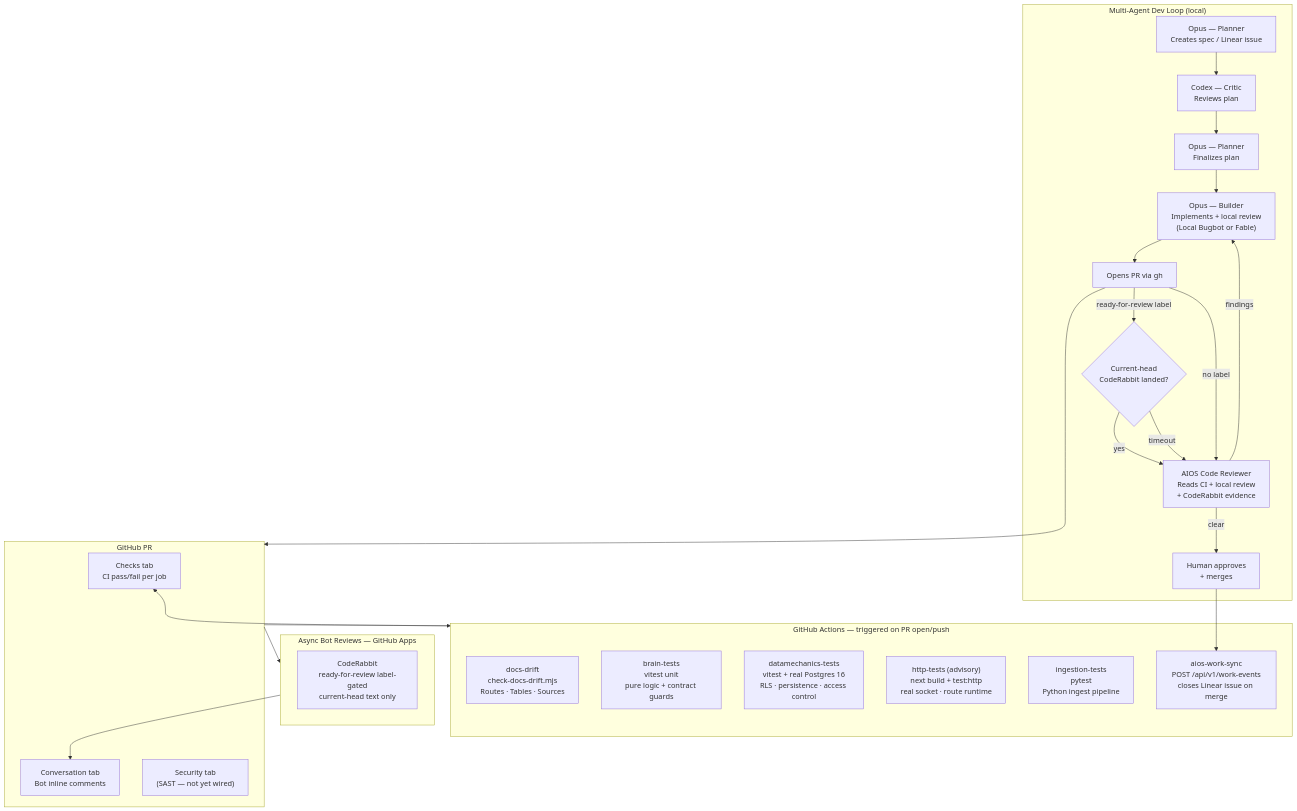
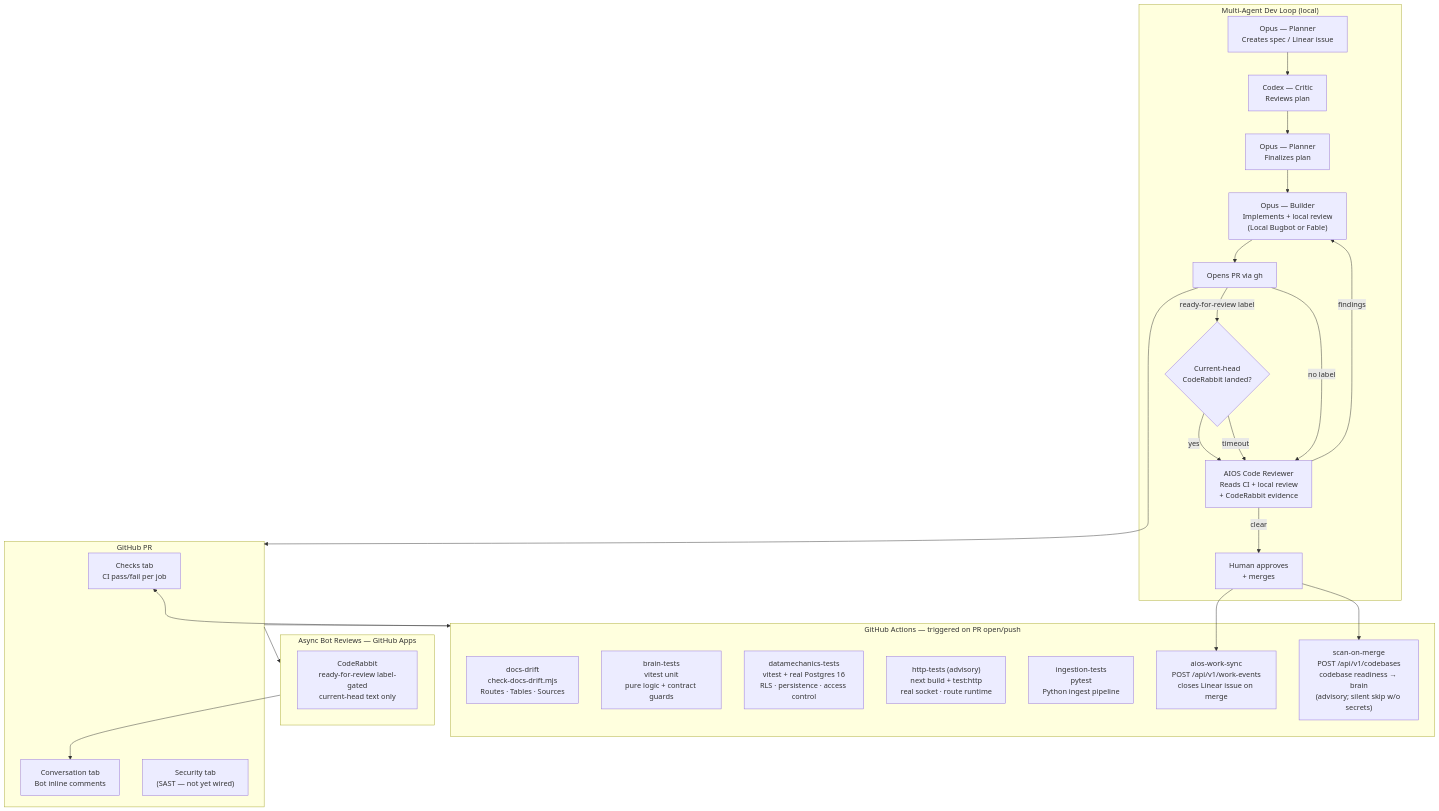
Before and after one commit to aiosbrain/aios-team-brain: the diagram in docs/CI-ARCHITECTURE.md, drawn with Mermaid. The commit also changed other lines of this file and 1 other file, not shown here.

First line of the commit message:
docs(ci): document scan-on-merge and pr-task-link, incl. the silent-skip fail-open

````diff
--- a/docs/CI-ARCHITECTURE.md
+++ b/docs/CI-ARCHITECTURE.md
@@ -11,41 +11,43 @@
 ```mermaid
 flowchart TD
     subgraph AgentLoop["Multi-Agent Dev Loop (local)"]
         A1[Opus — Planner\nCreates spec / Linear issue] --> A2[Codex — Critic\nReviews plan]
         A2 --> A3[Opus — Planner\nFinalizes plan]
         A3 --> A4["Opus — Builder\nImplements + local review\n(Local Bugbot or Fable)"]
         A4 --> A4P[Opens PR via gh]
         A4P -->|ready-for-review label| A4W{Current-head\nCodeRabbit landed?}
         A4W -->|yes| A5["AIOS Code Reviewer\nReads CI + local review\n+ CodeRabbit evidence"]
         A4W -->|timeout| A5
         A4P -->|no label| A5
         A5 -->|findings| A4
         A5 -->|clear| MERGE[Human approves\n+ merges]
     end
 
     subgraph GitHubActions["GitHub Actions — triggered on PR open/push"]
         B1["docs-drift\ncheck-docs-drift.mjs\nRoutes · Tables · Sources"]
         B2["brain-tests\nvitest unit\npure logic + contract guards"]
         B3["datamechanics-tests\nvitest + real Postgres 16\nRLS · persistence · access control"]
         B4["http-tests (advisory)\nnext build + test:http\nreal socket · route runtime"]
         B5["ingestion-tests\npytest\nPython ingest pipeline"]
         B6["aios-work-sync\nPOST /api/v1/work-events\ncloses Linear issue on merge"]
+        B7["scan-on-merge\nPOST /api/v1/codebases\ncodebase readiness → brain\n(advisory; silent skip w/o secrets)"]
     end
 
     subgraph BotReviews["Async Bot Reviews — GitHub Apps"]
         C1["CodeRabbit\nready-for-review label-gated\ncurrent-head text only"]
     end
 
     subgraph GitHubPR["GitHub PR"]
         D1["Checks tab\nCI pass/fail per job"]
         D2["Conversation tab\nBot inline comments"]
         D3["Security tab\n(SAST — not yet wired)"]
     end
 
     A4P --> GitHubPR
     GitHubPR --> GitHubActions
     GitHubPR --> BotReviews
     GitHubActions --> D1
     BotReviews --> D2
     MERGE --> B6
+    MERGE --> B7
 ```
````
